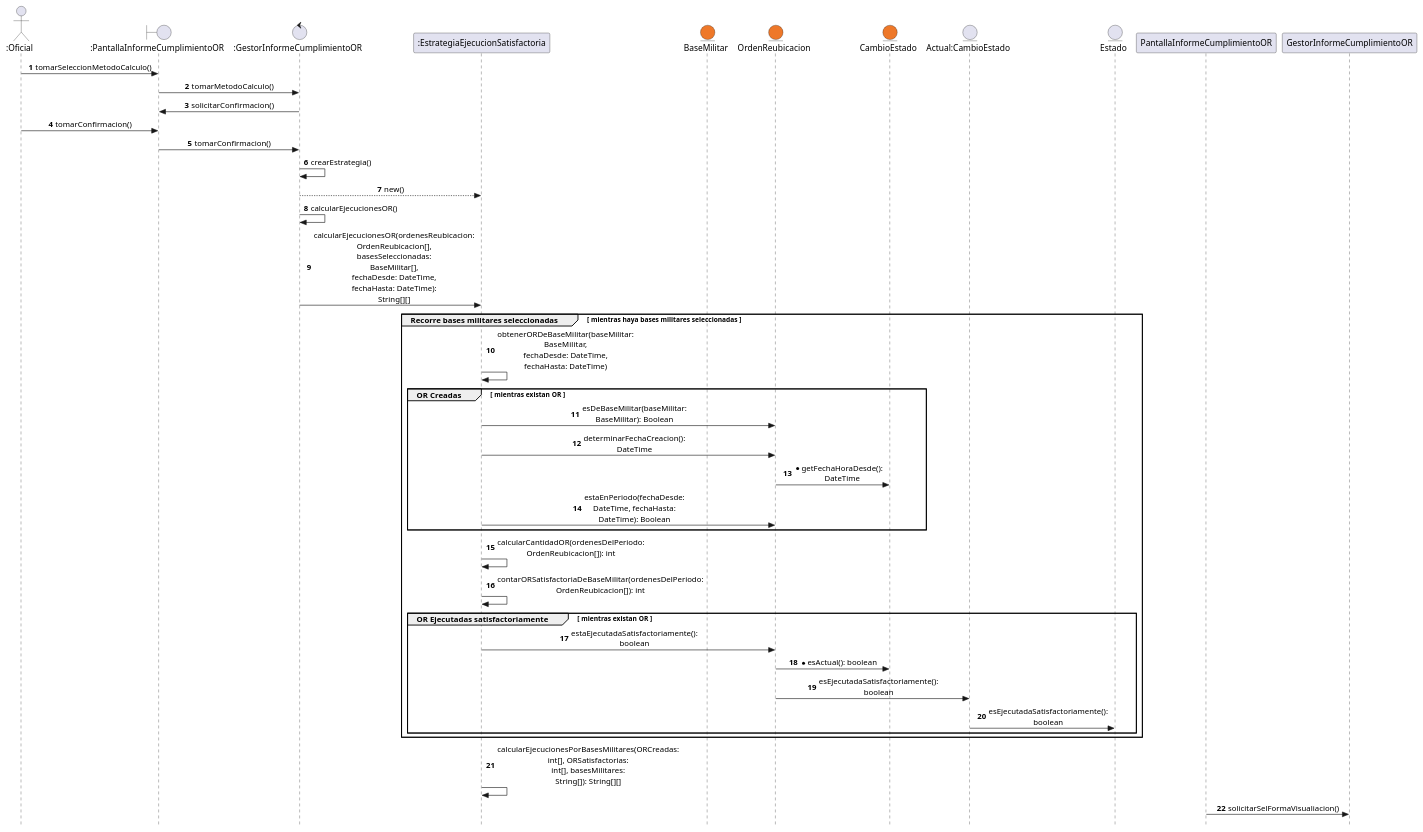
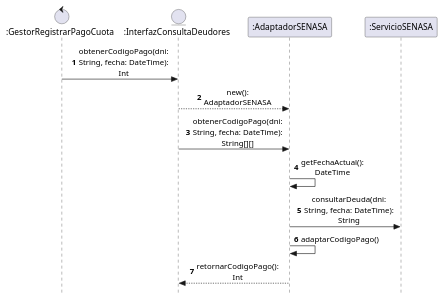
One commit to CeciliaRava1/disenio_2026 changed the diagram in 11_parcial3/00_modelo1/01_ds_adapter.plantuml. Above: the diagram before and after it, drawn with PlantUML. The commit also changed other lines of this file and 5 other files, not shown here.

```diff
--- a/11_parcial3/00_modelo1/01_ds_adapter.plantuml
+++ b/11_parcial3/00_modelo1/01_ds_adapter.plantuml
@@ -1,71 +1,30 @@
 @startuml diagramaSecuencia
 
 autonumber
 skinparam style strictuml
 skinparam sequenceMessageAlign center
 skinparam maxMessageSize 150
 
-' --- CLASES DE ANALISIS ---
-actor Oficial as ":Oficial"
-boundary Pantalla as ":PantallaInformeCumplimientoOR"
-control Gestor as ":GestorInformeCumplimientoOR"
+control GestorRegistrarPagoCuota as ":GestorRegistrarPagoCuota"
+entity InterfazConsultaDeudores as ":InterfazConsultaDeudores"
+participant AdaptadorSENASA as ":AdaptadorSENASA"
+participant ServicioSENASA as ":ServicioSENASA"
 
-' --- CLASES DE FABRICACION PURA ---
-participant EstrategiaEjecucionSatisfactoria as ":EstrategiaEjecucionSatisfactoria"
+'8. Sistema: Obtiene del servicio SENASA el codigo de pago correspondiente al prestamo seleccionado
+GestorRegistrarPagoCuota -> InterfazConsultaDeudores : obtenerCodigoPago(dni: String, fecha: DateTime): Int
+InterfazConsultaDeudores --> AdaptadorSENASA : new(): AdaptadorSENASA
+InterfazConsultaDeudores -> AdaptadorSENASA : obtenerCodigoPago(dni: String, fecha: DateTime): String[][]
+AdaptadorSENASA -> AdaptadorSENASA : getFechaActual(): DateTime
+AdaptadorSENASA -> ServicioSENASA : consultarDeuda(dni: String, fecha: DateTime): String
+AdaptadorSENASA -> AdaptadorSENASA : adaptarCodigoPago()
+AdaptadorSENASA --> InterfazConsultaDeudores : retornarCodigoPago(): Int
 
-' --- CLASES DEL DOMINIO ---
-entity BaseMilitar as "BaseMilitar" #ee7829
-entity OrdenReubicacion as "OrdenReubicacion" #ee7829
-entity CambioEstado as "CambioEstado" #ee7829
-entity ACambioEstado as "Actual:CambioEstado"
-entity Estado as "Estado"
+'9. Sistema: Calcula y muestra el monto a abonar correspondiente, para lo cual calcula la cantidad de dias de atraso en funcion de la fecha de vencimiento de la cuota y la fecha actual. Calcula el recargo aplicable en funcion de la definicion de mora asociada al tipo de prestamo
+'10: Sistema: Solicita confirmacion al cliente
+'11: Cliente: Confirma el pago de la cuota
+'12: Sistema: Llama al caso de uso registrar pago para realizar y registrar el pago de la cuota, enviando el monto a pagar. Informa ejecucion exitosa del caso de uso
 
-'8. Oficial: Selecciona el método de porcentaje de ejecución satisfactorio por base militar de origen.
-Oficial -> Pantalla : tomarSeleccionMetodoCalculo()
-Pantalla -> Gestor : tomarMetodoCalculo()
 
-'9. Sistema: Solicita confirmación para generar el informe.
-Gestor -> Pantalla : solicitarConfirmacion()
 
-'10. Oficial: Confirma la generación del informe.
-Oficial -> Pantalla : tomarConfirmacion()
-Pantalla -> Gestor : tomarConfirmacion()
-Gestor -> Gestor : crearEstrategia()
-Gestor --> EstrategiaEjecucionSatisfactoria : new()
-Gestor -> Gestor : calcularEjecucionesOR()
-Gestor -> EstrategiaEjecucionSatisfactoria : calcularEjecucionesOR(ordenesReubicacion: OrdenReubicacion[], basesSeleccionadas: BaseMilitar[], fechaDesde: DateTime, fechaHasta: DateTime): String[][]
-
-'11. Sistema: Busca para cada base militar seleccionada todas las Órdenes de Reubicación que se hayan creado dentro 
-'del periodo seleccionado.
-group Recorre bases militares seleccionadas [ mientras haya bases militares seleccionadas ]
-    EstrategiaEjecucionSatisfactoria -> EstrategiaEjecucionSatisfactoria : obtenerORDeBaseMilitar(baseMilitar: BaseMilitar, fechaDesde: DateTime, fechaHasta: DateTime)
-
-    group OR Creadas [ mientras existan OR ]
-        EstrategiaEjecucionSatisfactoria -> OrdenReubicacion : esDeBaseMilitar(baseMilitar: BaseMilitar): Boolean
-        EstrategiaEjecucionSatisfactoria -> OrdenReubicacion : determinarFechaCreacion(): DateTime
-        OrdenReubicacion -> CambioEstado : *getFechaHoraDesde(): DateTime
-
-'12. Sistema: Busca para cada base militar seleccionada todas las Órdenes de Reubicación que se hayan creado dentro 
-'del periodo seleccionado y cuyo estado actual sea Ejecutada Satisfactoriamente.
-        EstrategiaEjecucionSatisfactoria -> OrdenReubicacion : estaEnPeriodo(fechaDesde: DateTime, fechaHasta: DateTime): Boolean
-    end
-
-    EstrategiaEjecucionSatisfactoria -> EstrategiaEjecucionSatisfactoria : calcularCantidadOR(ordenesDelPeriodo: OrdenReubicacion[]): int
-    EstrategiaEjecucionSatisfactoria -> EstrategiaEjecucionSatisfactoria : contarORSatisfactoriaDeBaseMilitar(ordenesDelPeriodo: OrdenReubicacion[]): int
-
-    group OR Ejecutadas satisfactoriamente [ mientras existan OR ]
-        EstrategiaEjecucionSatisfactoria -> OrdenReubicacion : estaEjecutadaSatisfactoriamente(): boolean
-        OrdenReubicacion -> CambioEstado : *esActual(): boolean
-        OrdenReubicacion -> ACambioEstado : esEjecutadaSatisfactoriamente(): boolean
-        ACambioEstado -> Estado : esEjecutadaSatisfactoriamente(): boolean
-    end 
-end
-
-'13. Sistema: Calcula por cada base seleccionada el porcentaje de ejecución satisfactoria de órdenes de reubicación.
-EstrategiaEjecucionSatisfactoria -> EstrategiaEjecucionSatisfactoria : calcularEjecucionesPorBasesMilitares(ORCreadas: int[], ORSatisfactorias: int[], basesMilitares: String[]): String[][]
-PantallaInformeCumplimientoOR -> GestorInformeCumplimientoOR : solicitarSelFormaVisualiacion()
-'14. Sistema: Solicita que se selecciona una forma de visualización del reporte. (Ver Observación 2)
-'15. Oficial: Selecciona exportar a PDF.
-'16. Sistema: Genera el informe en formato PDF. (Ver Observación 3). Fin del CU.
 
 @enduml
```
